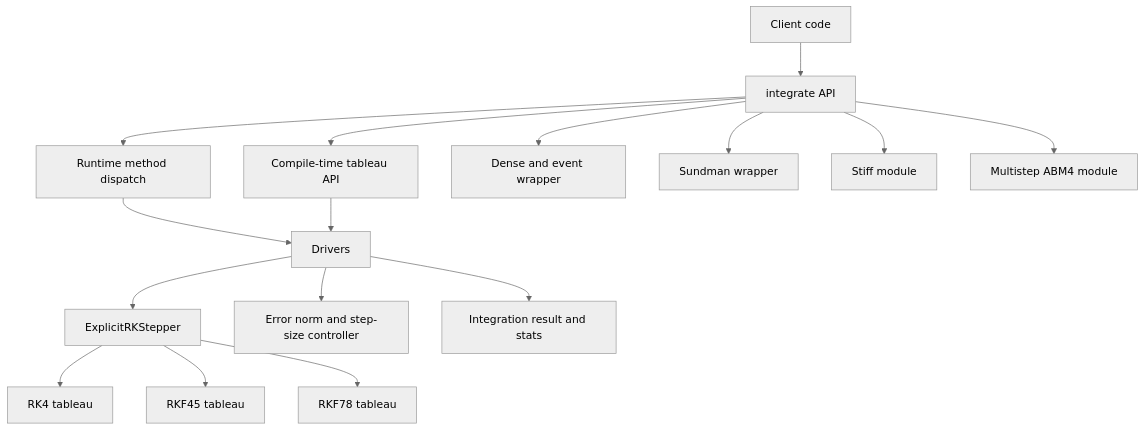
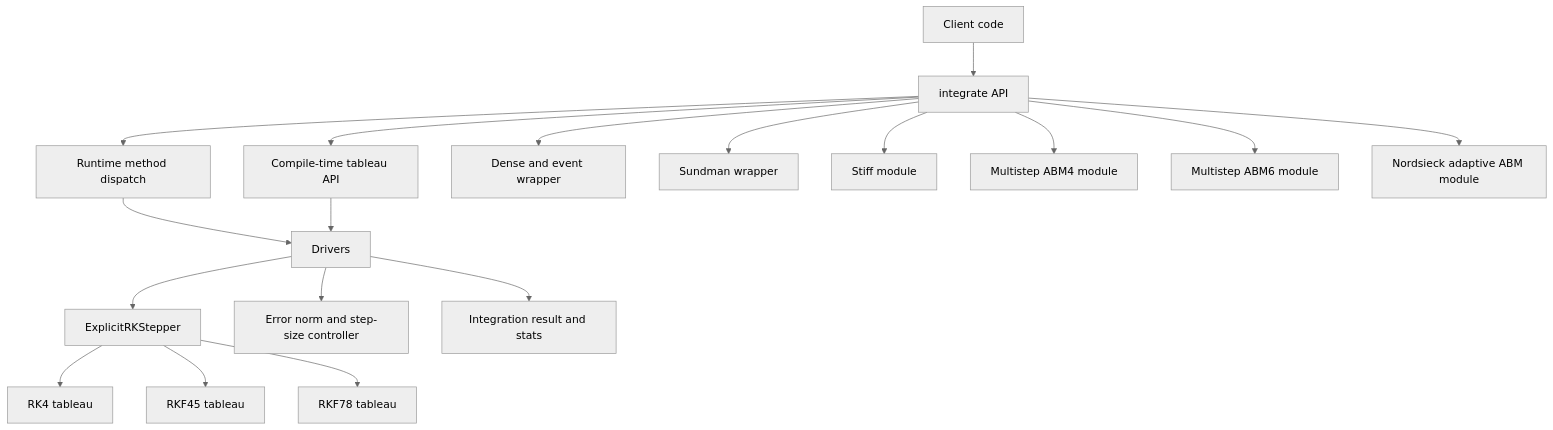
One commit to watsonryan/orbitIntegrator changed the diagram in README.md. Above: the diagram before and after it, drawn with Mermaid (neutral theme). The commit also changed other lines of this file, not shown here.

Commit message:
Document ABM6 and Nordsieck-style Adams support

````diff
--- a/README.md
+++ b/README.md
@@ -17,18 +19,20 @@
 ```mermaid
 flowchart TD
   A[Client code] --> B[integrate API]
   B --> C[Runtime method dispatch]
   B --> D[Compile-time tableau API]
   C --> E[Drivers]
   D --> E
   E --> F[ExplicitRKStepper]
   F --> G[RK4 tableau]
   F --> H[RKF45 tableau]
   F --> I[RKF78 tableau]
   E --> J[Error norm and step-size controller]
   E --> K[Integration result and stats]
   B --> L[Dense and event wrapper]
   B --> M[Sundman wrapper]
   B --> N[Stiff module]
   B --> O[Multistep ABM4 module]
+  B --> P[Multistep ABM6 module]
+  B --> Q[Nordsieck adaptive ABM module]
 ```
````
